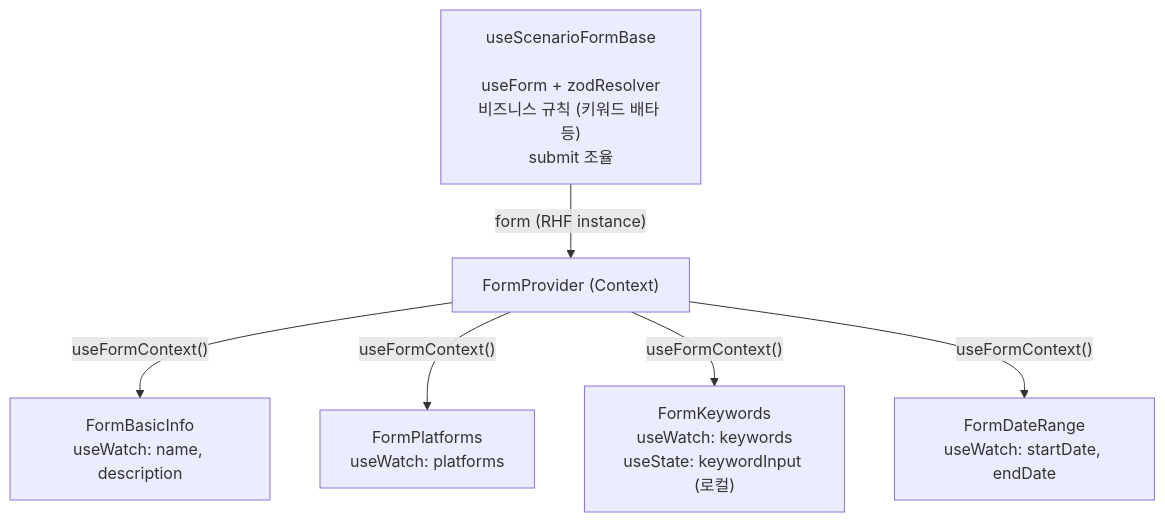
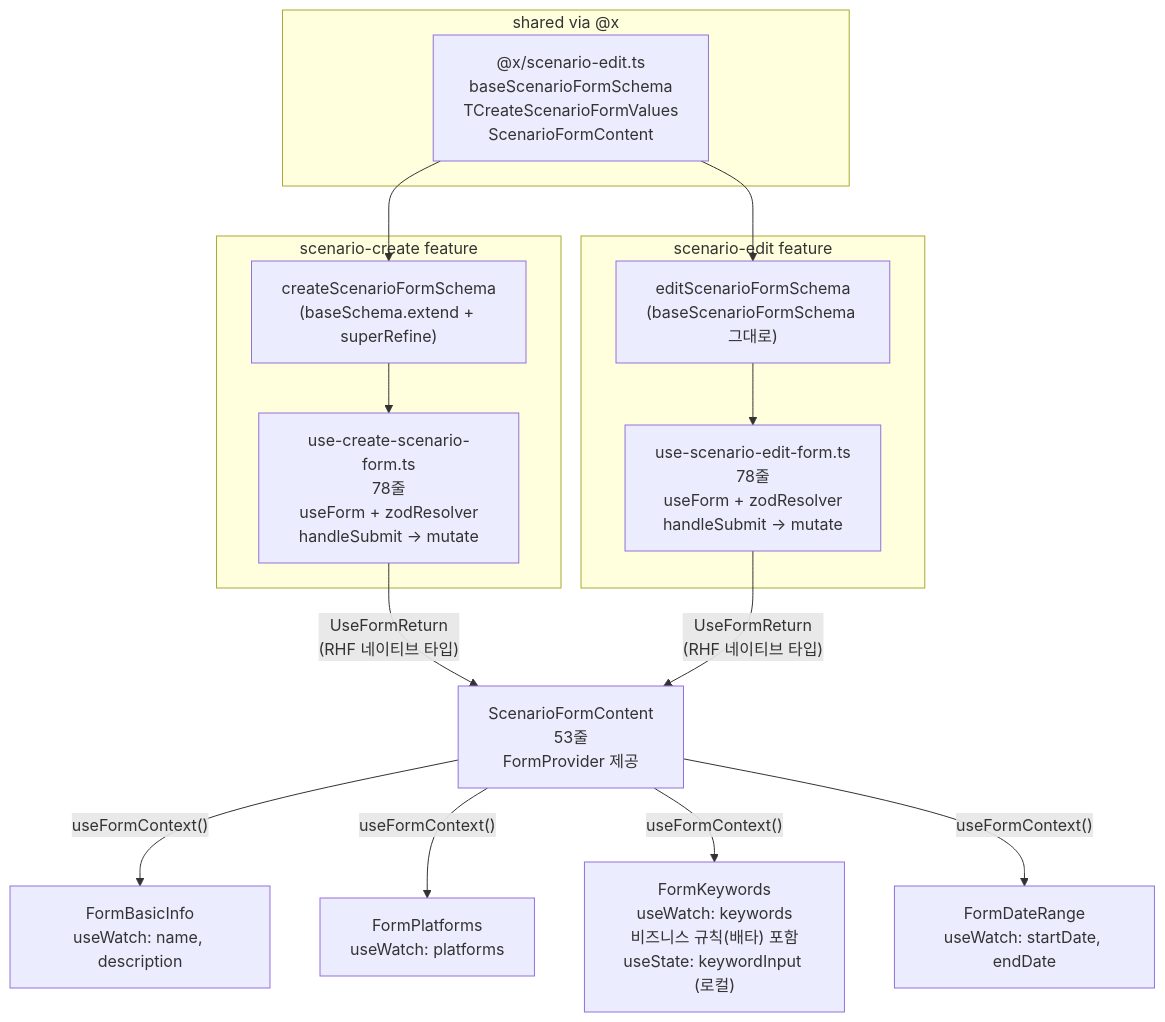
One commit to kimyoungyin/lala-contribution changed the second of 5 diagrams in docs/rhf-zod.md. Above: the diagram before and after it, drawn with Mermaid. The commit also changed other lines of this file, not shown here.

````diff
--- a/docs/rhf-zod.md
+++ b/docs/rhf-zod.md
@@ -140,9 +131,28 @@
 ```mermaid
 graph TD
-    H["useScenarioFormBase<br/><br/>useForm + zodResolver<br/>비즈니스 규칙 (키워드 배타 등)<br/>submit 조율"]
-    H -- "form (RHF instance)" --> FP["FormProvider (Context)"]
+    subgraph "scenario-create feature"
+        CS["createScenarioFormSchema<br/>(baseSchema.extend + superRefine)"]
+        CH["use-create-scenario-form.ts<br/>78줄<br/>useForm + zodResolver<br/>handleSubmit → mutate"]
+    end
+
+    subgraph "scenario-edit feature"
+        ES["editScenarioFormSchema<br/>(baseScenarioFormSchema 그대로)"]
+        EH["use-scenario-edit-form.ts<br/>78줄<br/>useForm + zodResolver<br/>handleSubmit → mutate"]
+    end
+
+    subgraph "shared via @x"
+        BX["@x/scenario-edit.ts<br/>baseScenarioFormSchema<br/>TCreateScenarioFormValues<br/>ScenarioFormContent"]
+    end
+
+    CS --> CH
+    BX --> CS
+    BX --> ES
+    ES --> EH
+
+    CH & EH -- "UseFormReturn<br/>(RHF 네이티브 타입)" --> FP["ScenarioFormContent<br/>53줄<br/>FormProvider 제공"]
+
     FP -- "useFormContext()" --> BI["FormBasicInfo<br/>useWatch: name, description"]
     FP -- "useFormContext()" --> PL["FormPlatforms<br/>useWatch: platforms"]
-    FP -- "useFormContext()" --> KW["FormKeywords<br/>useWatch: keywords<br/>useState: keywordInput (로컬)"]
+    FP -- "useFormContext()" --> KW["FormKeywords<br/>useWatch: keywords<br/>비즈니스 규칙(배타) 포함<br/>useState: keywordInput (로컬)"]
     FP -- "useFormContext()" --> DR["FormDateRange<br/>useWatch: startDate, endDate"]
 ```
````
